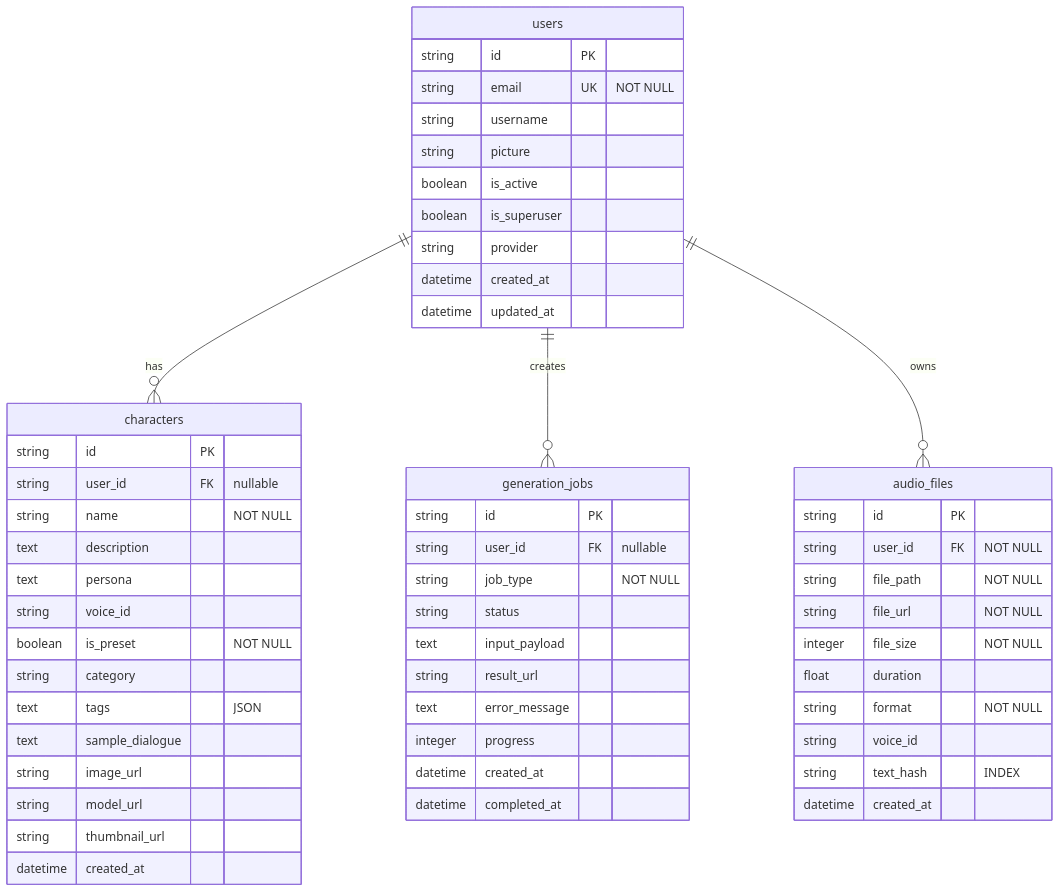
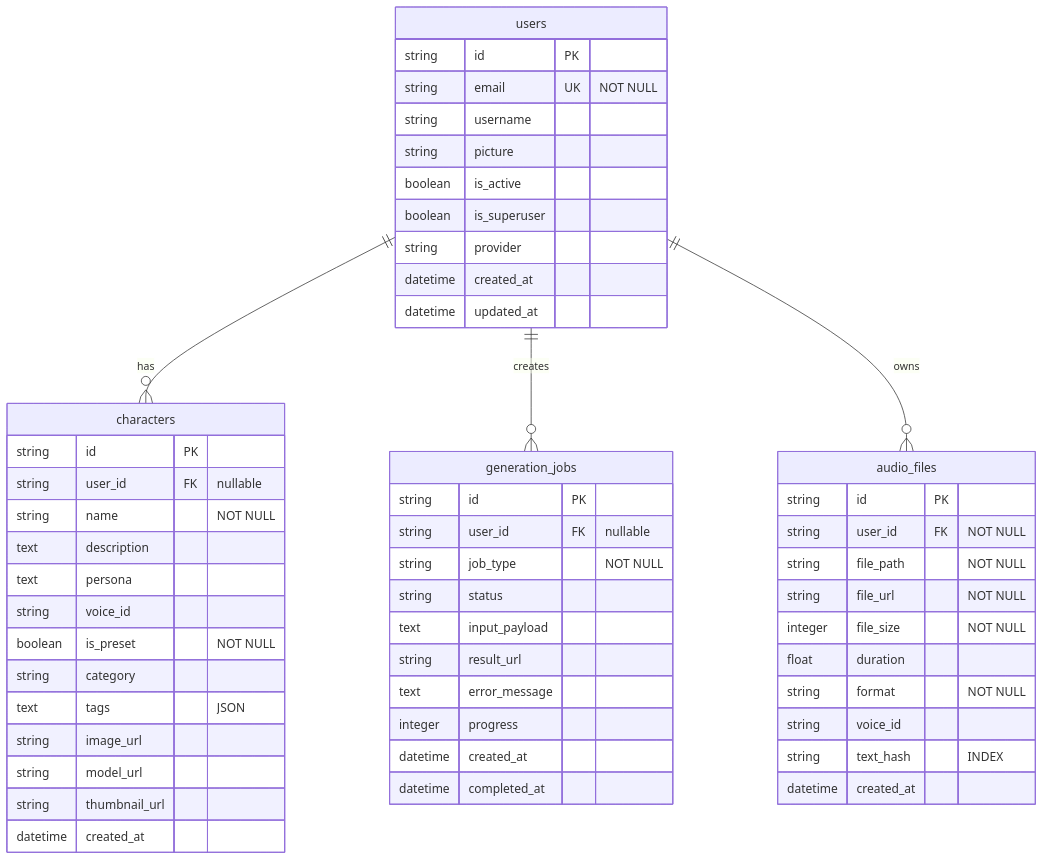
One commit to madcamp-Screening-Humanity/madcamp-Screening-Humanity-BACK changed the diagram in docs/DATABASE_SCHEMA.md. Above: the diagram before and after it, drawn with Mermaid. The commit also changed other lines of this file and 50 other files, not shown here.

````diff
--- a/docs/DATABASE_SCHEMA.md
+++ b/docs/DATABASE_SCHEMA.md
@@ -496,61 +493,60 @@
 ```mermaid
 erDiagram
     users ||--o{ characters : "has"
     users ||--o{ generation_jobs : "creates"
     users ||--o{ audio_files : "owns"
     
     users {
         string id PK
         string email UK "NOT NULL"
         string username
         string picture
         boolean is_active
         boolean is_superuser
         string provider
         datetime created_at
         datetime updated_at
     }
     
     characters {
         string id PK
         string user_id FK "nullable"
         string name "NOT NULL"
         text description
         text persona
         string voice_id
         boolean is_preset "NOT NULL"
         string category
         text tags "JSON"
-        text sample_dialogue
         string image_url
         string model_url
         string thumbnail_url
         datetime created_at
     }
     
     generation_jobs {
         string id PK
         string user_id FK "nullable"
         string job_type "NOT NULL"
         string status
         text input_payload
         string result_url
         text error_message
         integer progress
         datetime created_at
         datetime completed_at
     }
     
     audio_files {
         string id PK
         string user_id FK "NOT NULL"
         string file_path "NOT NULL"
         string file_url "NOT NULL"
         integer file_size "NOT NULL"
         float duration
         string format "NOT NULL"
         string voice_id
         string text_hash "INDEX"
         datetime created_at
     }
 ```
````
